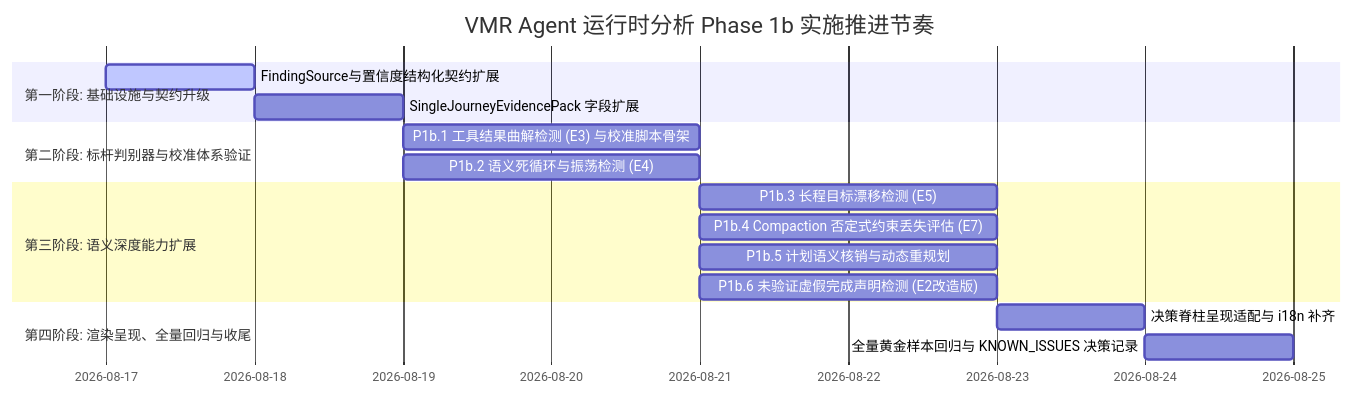
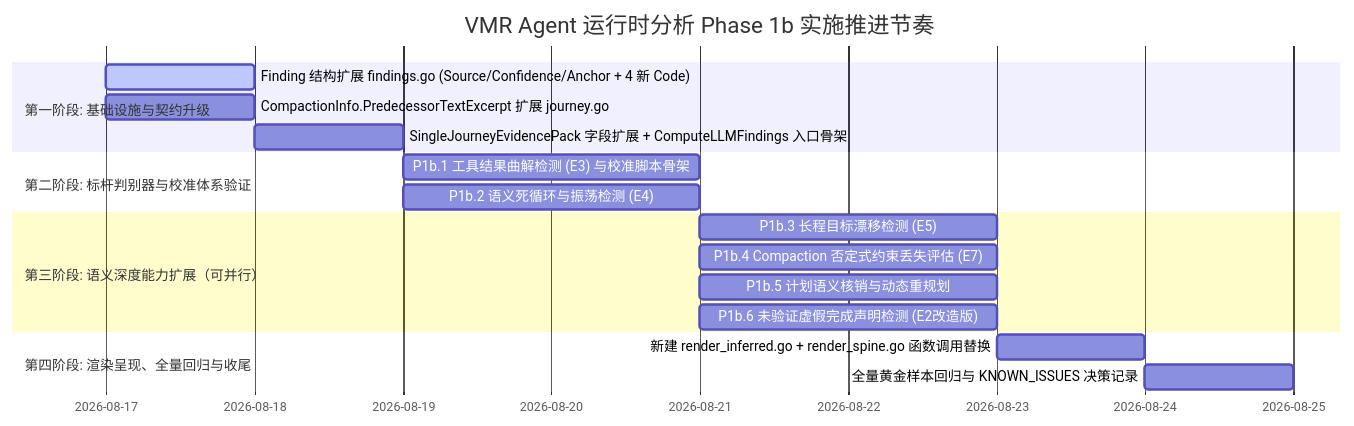
The second of 2 diagrams in docs/future-strategy/phase1b_implementation_plan_gemini-3.7-flash.md (bigfatsea/vmr), drawn with Mermaid before and after one commit. The commit also changed other lines of this file, not shown here.

````diff
--- a/docs/future-strategy/phase1b_implementation_plan_gemini-3.7-flash.md
+++ b/docs/future-strategy/phase1b_implementation_plan_gemini-3.7-flash.md
@@ -275,19 +371,20 @@
 ```mermaid
 gantt
     title VMR Agent 运行时分析 Phase 1b 实施推进节奏
     dateFormat  YYYY-MM-DD
     section 第一阶段: 基础设施与契约升级
-    FindingSource与置信度结构化契约扩展       :active, p1b_0, 2026-08-17, 1d
-    SingleJourneyEvidencePack 字段扩展       :p1b_pack, after p1b_0, 1d
+    Finding 结构扩展 findings.go (Source/Confidence/Anchor + 4 新 Code)   :active, p1b_0, 2026-08-17, 1d
+    CompactionInfo.PredecessorTextExcerpt 扩展 journey.go                  :p1b_0b, 2026-08-17, 1d
+    SingleJourneyEvidencePack 字段扩展 + ComputeLLMFindings 入口骨架        :p1b_pack, after p1b_0, 1d
     section 第二阶段: 标杆判别器与校准体系验证
-    P1b.1 工具结果曲解检测 (E3) 与校准脚本骨架 :p1b_1, after p1b_pack, 2d
-    P1b.2 语义死循环与振荡检测 (E4)           :p1b_2, after p1b_pack, 2d
-    section 第三阶段: 语义深度能力扩展
-    P1b.3 长程目标漂移检测 (E5)              :p1b_3, after p1b_1, 2d
-    P1b.4 Compaction 否定式约束丢失评估 (E7)  :p1b_4, after p1b_1, 2d
-    P1b.5 计划语义核销与动态重规划             :p1b_5, after p1b_2, 2d
-    P1b.6 未验证虚假完成声明检测 (E2改造版)    :p1b_6, after p1b_2, 2d
+    P1b.1 工具结果曲解检测 (E3) 与校准脚本骨架                             :p1b_1, after p1b_pack, 2d
+    P1b.2 语义死循环与振荡检测 (E4)                                        :p1b_2, after p1b_pack, 2d
+    section 第三阶段: 语义深度能力扩展（可并行）
+    P1b.3 长程目标漂移检测 (E5)                                            :p1b_3, after p1b_1, 2d
+    P1b.4 Compaction 否定式约束丢失评估 (E7)                               :p1b_4, after p1b_1, 2d
+    P1b.5 计划语义核销与动态重规划                                          :p1b_5, after p1b_2, 2d
+    P1b.6 未验证虚假完成声明检测 (E2改造版)                                 :p1b_6, after p1b_2, 2d
     section 第四阶段: 渲染呈现、全量回归与收尾
-    决策脊柱呈现适配与 i18n 补齐              :p1b_render, after p1b_5, 1d
-    全量黄金样本回归与 KNOWN_ISSUES 决策记录  :p1b_final, after p1b_render, 1d
+    新建 render_inferred.go + render_spine.go 函数调用替换                  :p1b_render, after p1b_5, 1d
+    全量黄金样本回归与 KNOWN_ISSUES 决策记录                                :p1b_final, after p1b_render, 1d
 ```
````
